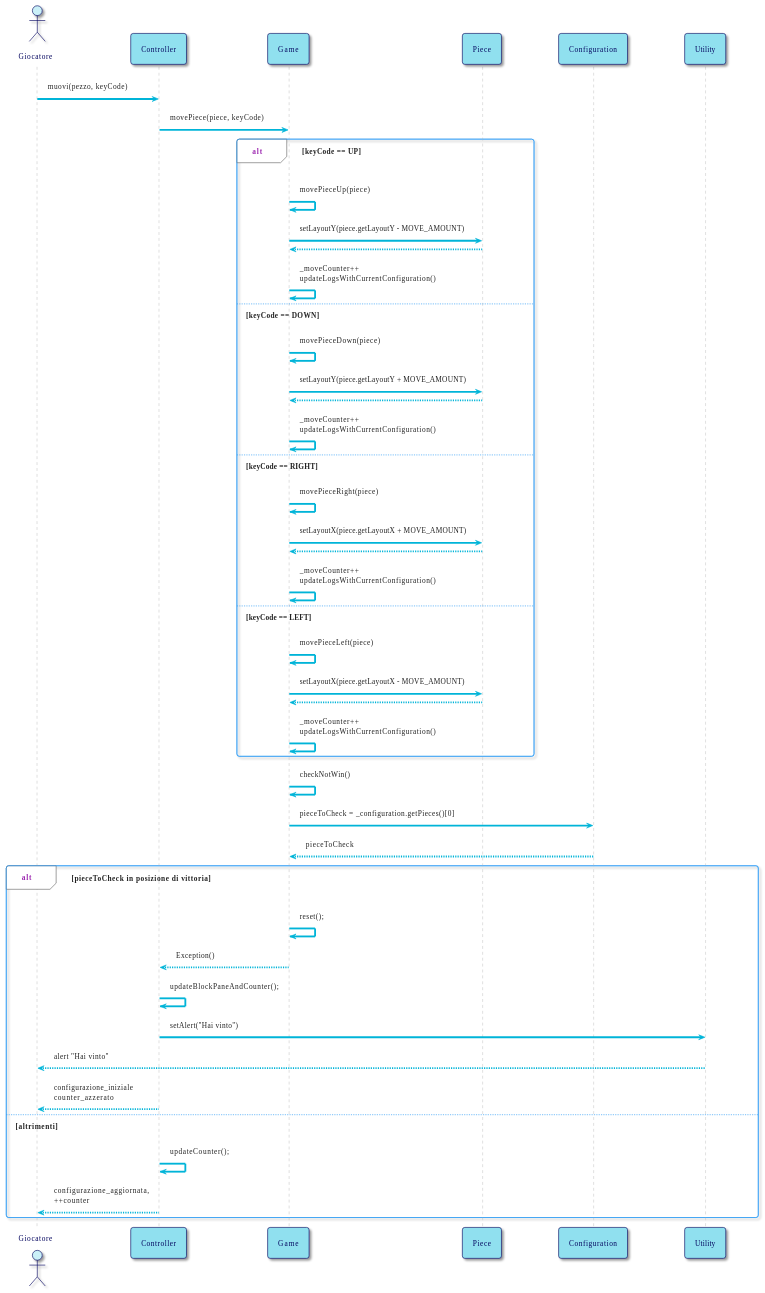
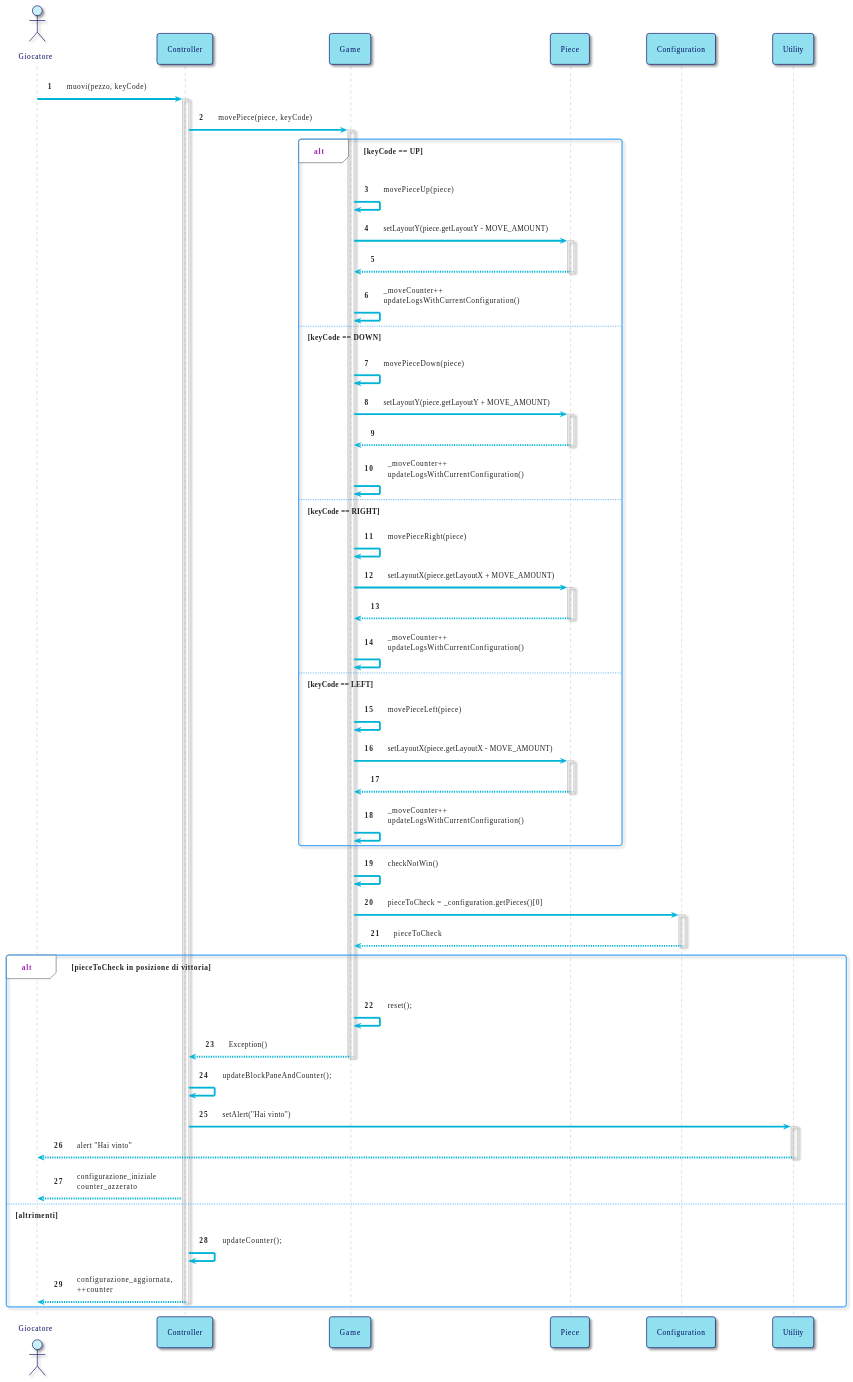
Before and after one commit to bellins14/klotski_gruppo2: the second of 6 diagrams in resources/Sequence_Diagrams.md, drawn with PlantUML.

````diff
--- a/resources/Sequence_Diagrams.md
+++ b/resources/Sequence_Diagrams.md
@@ -88,6 +88,7 @@
 ```plantuml
 @startuml
 !theme materia-outline
+autonumber 
 
 skinparam ArrowColor #00B4D8
 skinparam ActorBorderColor #03045E
@@ -108,47 +109,63 @@
 
 
 Giocatore -> Controller: muovi(pezzo, keyCode)
+activate Controller
 Controller -> Game: movePiece(piece, keyCode)
+activate Game
+
 alt keyCode == UP
 Game -> Game: movePieceUp(piece)
 
 Game -> Piece: setLayoutY(piece.getLayoutY - MOVE_AMOUNT)
+activate Piece
 Piece --> Game
+deactivate Piece
 Game -> Game: _moveCounter++ \nupdateLogsWithCurrentConfiguration()
 
 else keyCode == DOWN 
 Game -> Game: movePieceDown(piece)
 
 Game -> Piece: setLayoutY(piece.getLayoutY + MOVE_AMOUNT)
+activate Piece
 Piece --> Game
+deactivate Piece
 Game -> Game: _moveCounter++ \nupdateLogsWithCurrentConfiguration()
 
 else keyCode == RIGHT 
 Game -> Game: movePieceRight(piece)
 
 Game -> Piece: setLayoutX(piece.getLayoutX + MOVE_AMOUNT)
+activate Piece
 Piece --> Game
+deactivate Piece
 Game -> Game: _moveCounter++ \nupdateLogsWithCurrentConfiguration()
 
 else keyCode == LEFT 
 Game -> Game: movePieceLeft(piece)
 
 Game -> Piece: setLayoutX(piece.getLayoutX - MOVE_AMOUNT)
+activate Piece
 Piece --> Game
+deactivate Piece
 Game -> Game: _moveCounter++ \nupdateLogsWithCurrentConfiguration()
 
 end
 
 Game -> Game: checkNotWin()
 Game -> Configuration: pieceToCheck = _configuration.getPieces()[0]
+activate Configuration
 Configuration --> Game: pieceToCheck
+deactivate Configuration
 
 alt pieceToCheck in posizione di vittoria
 Game -> Game: reset();
 Game --> Controller: Exception()
+deactivate Game
 Controller -> Controller: updateBlockPaneAndCounter();
 Controller -> Utility: setAlert("Hai vinto")
+activate Utility
 Utility --> Giocatore: alert "Hai vinto"
+deactivate Utility
 Controller-->Giocatore: configurazione_iniziale \ncounter_azzerato
 
 
@@ -156,6 +173,7 @@
 else altrimenti
 Controller -> Controller: updateCounter();
 Controller-->Giocatore: configurazione_aggiornata,\n++counter
+deactivate Controller
 end
 
 @enduml
````
